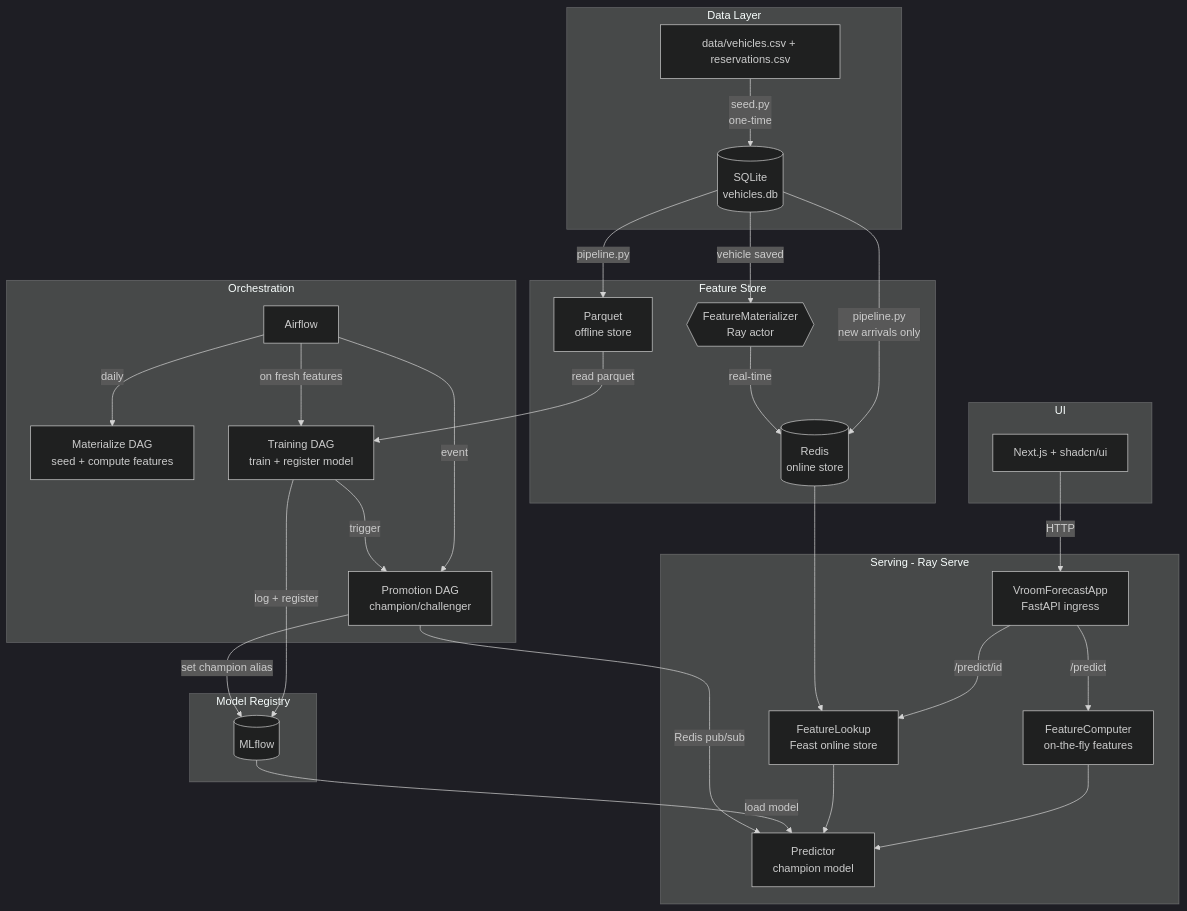
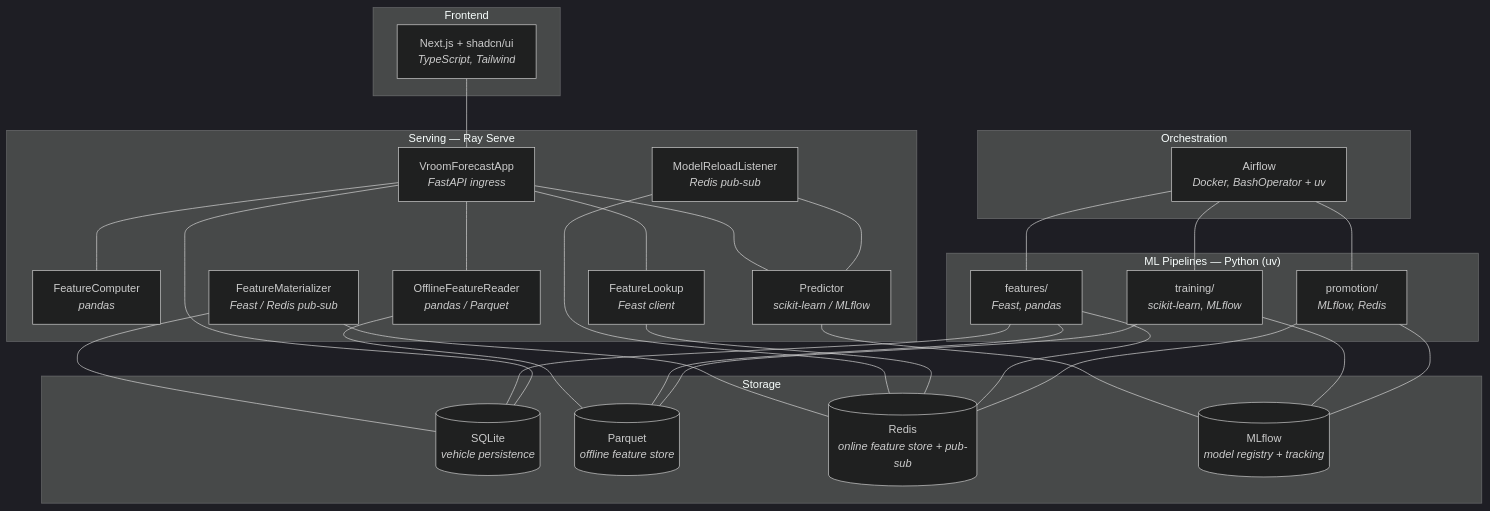
The first of 2 diagrams in README.md (pierreWagou/vroom-forecast), drawn with Mermaid (dark theme) before and after one commit. The commit also changed other lines of this file and 25 other files, not shown here.

Commit message:
ui: improve user experience and sreamline data flows

````diff
--- a/README.md
+++ b/README.md
@@ -9,49 +9,46 @@
 ```mermaid
 graph TB
-    subgraph Data Layer
-        CSV[data/vehicles.csv + reservations.csv]
-        DB[(SQLite<br/>vehicles.db)]
-        CSV -->|seed.py<br/>one-time| DB
+    subgraph Frontend
+        UI[Next.js + shadcn/ui<br/><i>TypeScript, Tailwind</i>]
     end
 
-    subgraph Feature Store
-        DB -->|pipeline.py| PQ[Parquet<br/>offline store]
-        DB -->|pipeline.py<br/>new arrivals only| Redis[(Redis<br/>online store)]
-        DB -->|vehicle saved| RM{{FeatureMaterializer<br/>Ray actor}}
-        RM -->|real-time| Redis
+    subgraph Serving["Serving — Ray Serve"]
+        ING[VroomForecastApp<br/><i>FastAPI ingress</i>]
+        FC[FeatureComputer<br/><i>pandas</i>]
+        FL[FeatureLookup<br/><i>Feast client</i>]
+        OFR[OfflineFeatureReader<br/><i>pandas / Parquet</i>]
+        PRED[Predictor<br/><i>scikit-learn / MLflow</i>]
+        MAT[FeatureMaterializer<br/><i>Feast / Redis pub-sub</i>]
+        MRL[ModelReloadListener<br/><i>Redis pub-sub</i>]
     end
 
     subgraph Orchestration
-        AF[Airflow]
-        AF -->|daily| MAT[Materialize DAG<br/>seed + compute features]
-        AF -->|on fresh features| TR[Training DAG<br/>train + register model]
-        AF -->|event| PR[Promotion DAG<br/>champion/challenger]
-        TR -->|trigger| PR
+        AF[Airflow<br/><i>Docker, BashOperator + uv</i>]
     end
 
-    subgraph Model Registry
-        MLF[(MLflow)]
-        TR -->|log + register| MLF
-        PR -->|set champion alias| MLF
+    subgraph Storage
+        DB[(SQLite<br/><i>vehicle persistence</i>)]
+        PQ[(Parquet<br/><i>offline feature store</i>)]
+        RD[(Redis<br/><i>online feature store + pub-sub</i>)]
+        MLF[(MLflow<br/><i>model registry + tracking</i>)]
     end
 
-    subgraph Serving - Ray Serve
-        ING[VroomForecastApp<br/>FastAPI ingress]
-        FC[FeatureComputer<br/>on-the-fly features]
-        FL[FeatureLookup<br/>Feast online store]
-        PRED[Predictor<br/>champion model]
-
-        ING -->|/predict| FC --> PRED
-        ING -->|/predict/id| FL --> PRED
-        Redis --> FL
-        MLF -->|load model| PRED
+    subgraph ML Pipelines["ML Pipelines — Python (uv)"]
+        FEAT[features/<br/><i>Feast, pandas</i>]
+        TRAIN[training/<br/><i>scikit-learn, MLflow</i>]
+        PROMO[promotion/<br/><i>MLflow, Redis</i>]
     end
 
-    subgraph UI
-        NEXT[Next.js + shadcn/ui]
-        NEXT -->|HTTP| ING
-    end
-
-    PQ -->|read parquet| TR
-    PR -->|Redis pub/sub| PRED
+    UI --- ING
+    ING --- FC & FL & OFR & PRED
+    MAT --- RD & DB
+    MRL --- RD & PRED
+    FL --- RD
+    OFR --- PQ
+    PRED --- MLF
+    AF --- FEAT & TRAIN & PROMO
+    FEAT --- DB & PQ & RD
+    TRAIN --- PQ & MLF
+    PROMO --- MLF & RD
+    ING --- DB
 ```
````
